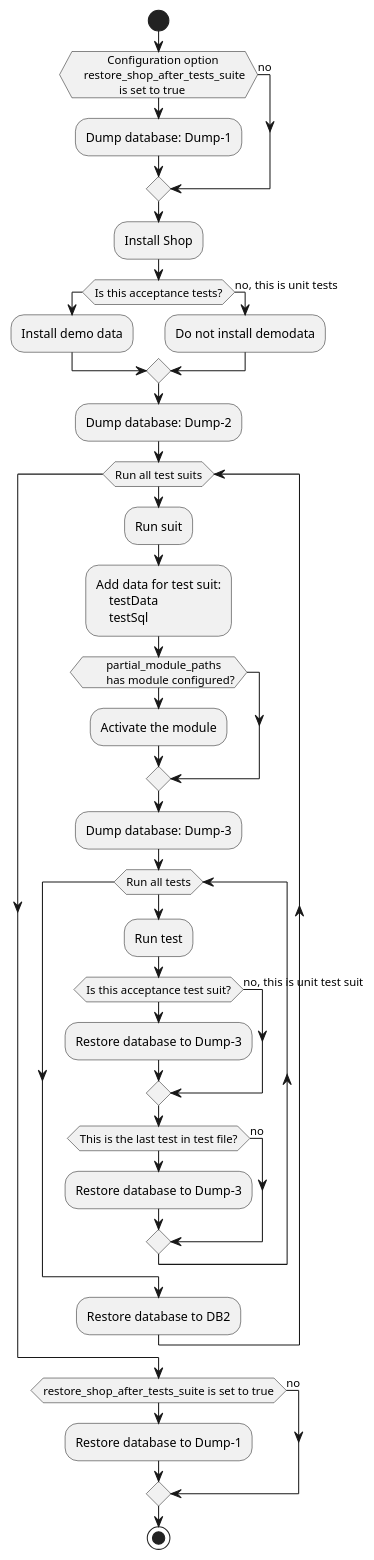
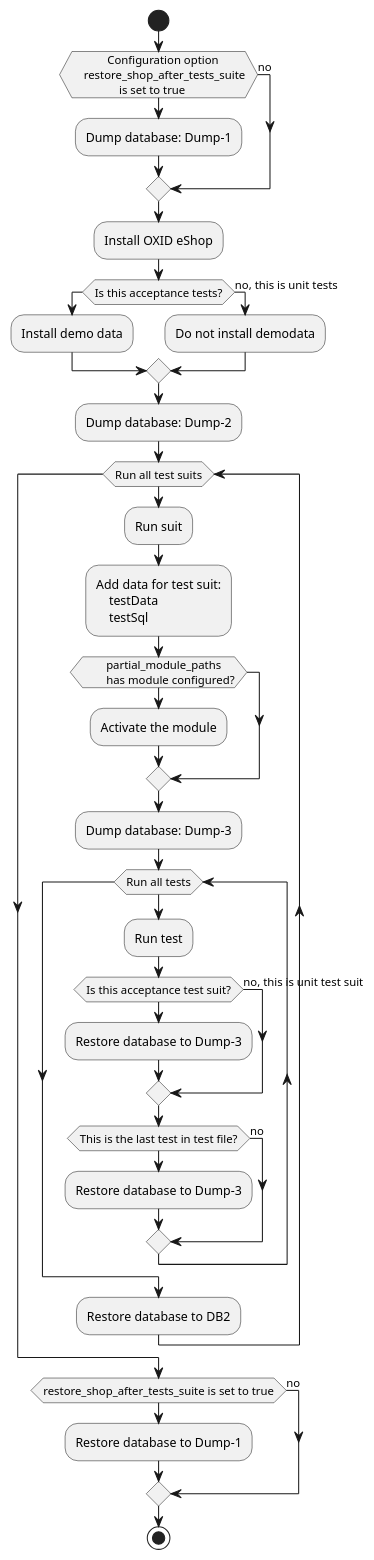
The diagram in workflow.puml (OXID-eSales/testing_library), drawn with PlantUML before and after one commit. The commit also changed 29 other files, not shown here.

Commit message:
ESDEV-4908 Exchange every "shop", "eshop"... with "OXID eShop"

```diff
--- a/workflow.puml
+++ b/workflow.puml
@@ -1,63 +1,63 @@
 @startuml
     start
 
     if (            Configuration option
     restore_shop_after_tests_suite
                 is set to true)
         :Dump database: Dump-1;
     else (no)
     endif;
 
-    :Install Shop;
+    :Install OXID eShop;
 
     if (Is this acceptance tests?)
         :Install demo data;
     else (no, this is unit tests)
         :Do not install demodata;
     endif
 
     :Dump database: Dump-2;
 
     while (Run all test suits)
 
         :Run suit;
 
         :Add data for test suit:
             testData
             testSql;
 
         if (        partial_module_paths
         has module configured?)
             :Activate the module;
         endif;
 
         :Dump database: Dump-3;
 
         while (Run all tests)
 
             :Run test;
 
             if (Is this acceptance test suit?)
                 :Restore database to Dump-3;
             else (no, this is unit test suit)
             endif
 
             if (This is the last test in test file?)
                 :Restore database to Dump-3;
             else (no)
             endif
 
         endwhile
 
         :Restore database to DB2;
 
     endwhile
 
     if (restore_shop_after_tests_suite is set to true)
         :Restore database to Dump-1;
     else (no)
     endif;
 
     stop
 
 @enduml
```
